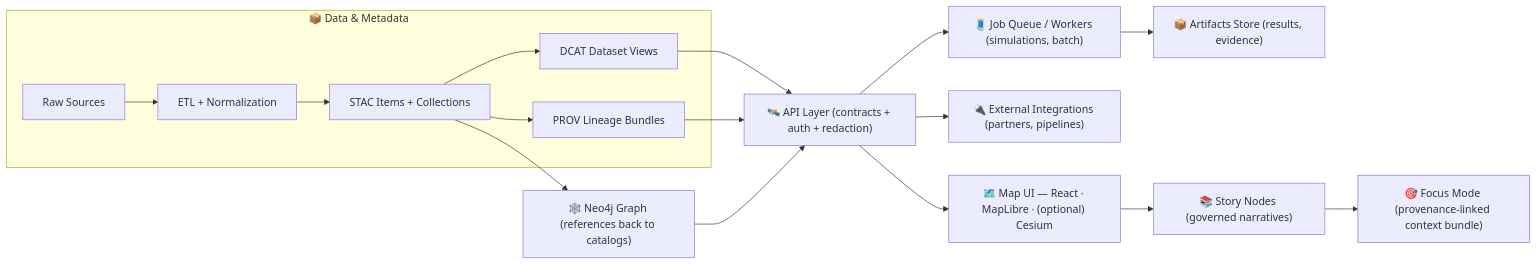
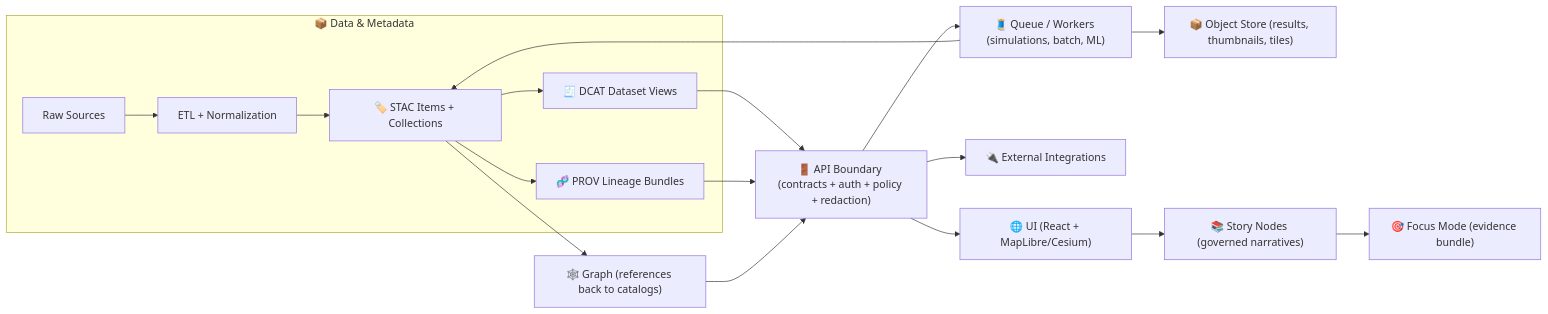
The second of 2 diagrams in api/src/README.md (bartytime4life/Kansas-Frontier-Matrix), drawn with Mermaid before and after one commit. The commit also changed other lines of this file, not shown here.

````diff
--- a/api/src/README.md
+++ b/api/src/README.md
@@ -156,23 +183,24 @@
 ```mermaid
 flowchart LR
   subgraph Data["📦 Data & Metadata"]
     A["Raw Sources"] --> B["ETL + Normalization"]
-    B --> C["STAC Items + Collections"]
-    C --> D["DCAT Dataset Views"]
-    C --> E["PROV Lineage Bundles"]
+    B --> C["🏷️ STAC Items + Collections"]
+    C --> D["🧾 DCAT Dataset Views"]
+    C --> E["🧬 PROV Lineage Bundles"]
   end
 
-  C --> G["🕸️ Neo4j Graph (references back to catalogs)"]
-  D --> H["🛰️ API Layer (contracts + auth + redaction)"]
+  C --> G["🕸️ Graph (references back to catalogs)"]
+  D --> H["🚪 API Boundary (contracts + auth + policy + redaction)"]
   E --> H
   G --> H
 
-  H --> UI["🗺️ Map UI — React · MapLibre · (optional) Cesium"]
-  H --> Ext["🔌 External Integrations (partners, pipelines)"]
+  H --> UI["🌐 UI (React + MapLibre/Cesium)"]
+  H --> Ext["🔌 External Integrations"]
 
-  H --> Jobs["🧵 Job Queue / Workers (simulations, batch)"]
-  Jobs --> Artifacts["📦 Artifacts Store (results, evidence)"]
+  H --> Jobs["🧵 Queue / Workers (simulations, batch, ML)"]
+  Jobs --> Artifacts["📦 Object Store (results, thumbnails, tiles)"]
+  Jobs --> C
 
   UI --> Story["📚 Story Nodes (governed narratives)"]
-  Story --> Focus["🎯 Focus Mode (provenance-linked context bundle)"]
+  Story --> Focus["🎯 Focus Mode (evidence bundle)"]
 ```
````
